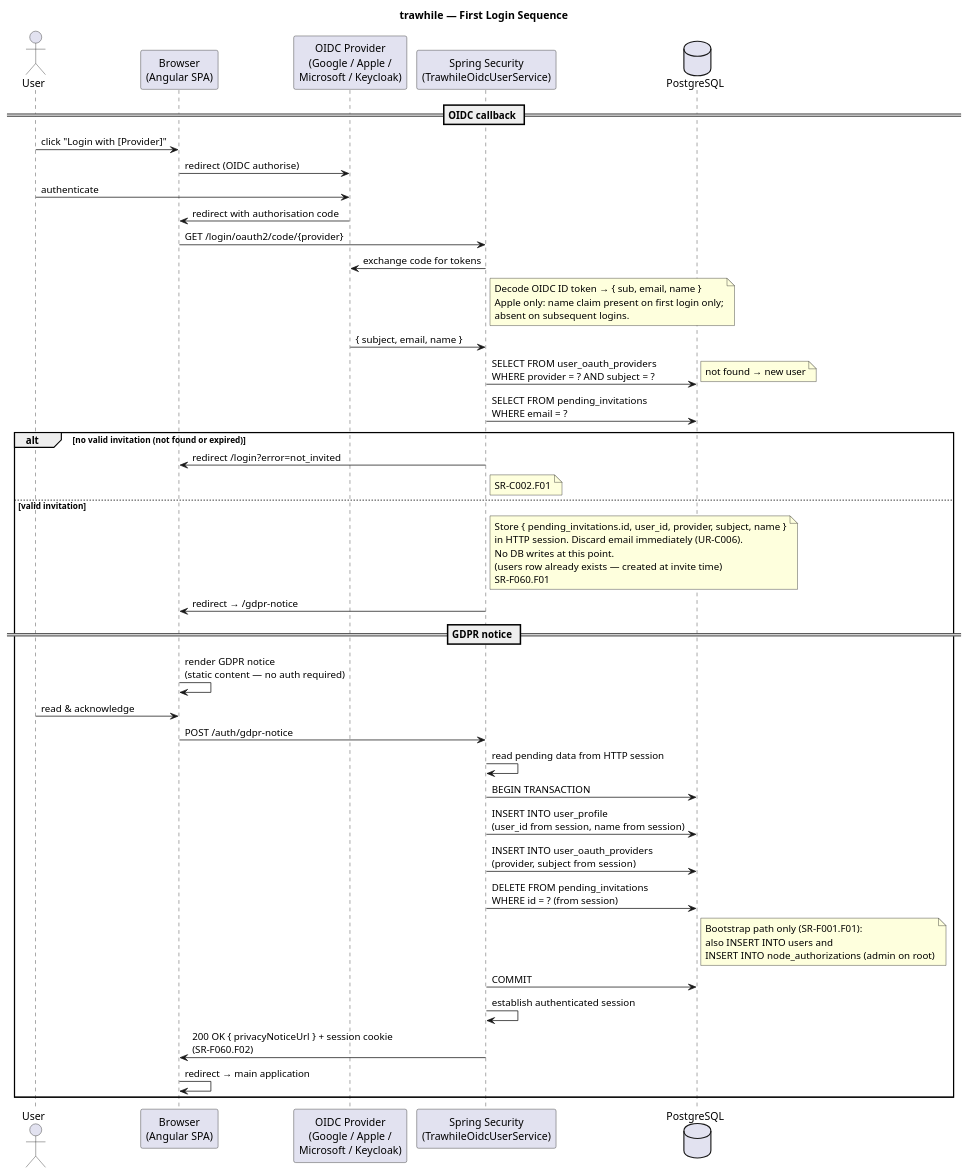
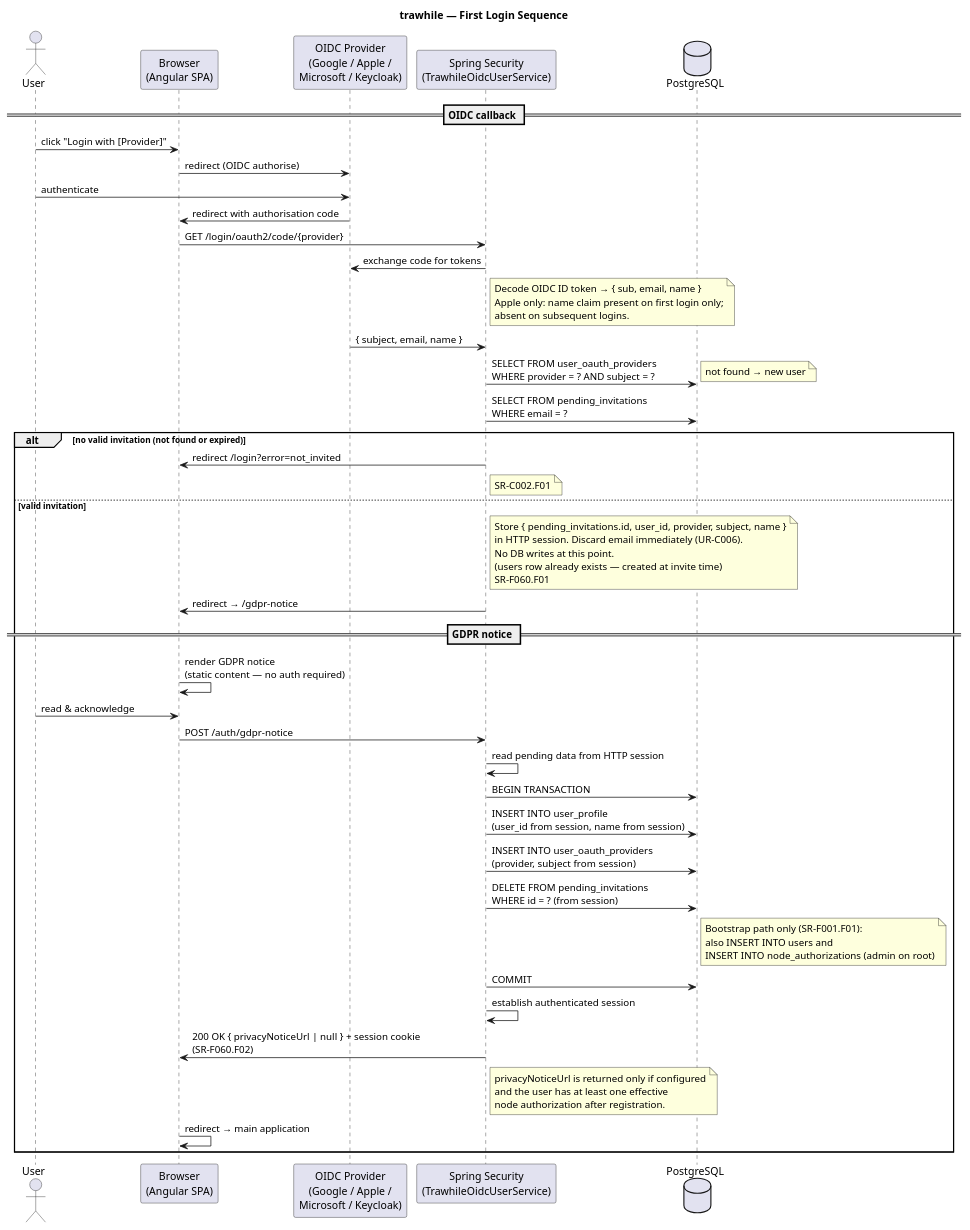
One commit to uCore7/trawhile changed the diagram in docs/uml/seq-first-login.puml. Above: the diagram before and after it, drawn with PlantUML. The commit also changed 59 other files, not shown here.

```diff
--- a/docs/uml/seq-first-login.puml
+++ b/docs/uml/seq-first-login.puml
@@ -1,70 +1,75 @@
 @startuml seq-first-login
 title trawhile — First Login Sequence
 
 actor       "User"                          as User
 participant "Browser\n(Angular SPA)"        as Browser
 participant "OIDC Provider\n(Google / Apple /\nMicrosoft / Keycloak)" as Provider
 participant "Spring Security\n(TrawhileOidcUserService)" as Spring
 database    "PostgreSQL"                    as DB
 
 == OIDC callback ==
 
 User   ->  Browser : click "Login with [Provider]"
 Browser -> Provider : redirect (OIDC authorise)
 User   ->  Provider : authenticate
 Provider -> Browser : redirect with authorisation code
 Browser -> Spring   : GET /login/oauth2/code/{provider}
 
 Spring -> Provider : exchange code for tokens
 note right of Spring
   Decode OIDC ID token → { sub, email, name }
   Apple only: name claim present on first login only;
   absent on subsequent logins.
 end note
 Provider -> Spring : { subject, email, name }
 
 Spring -> DB : SELECT FROM user_oauth_providers\nWHERE provider = ? AND subject = ?
 note right : not found → new user
 
 Spring -> DB : SELECT FROM pending_invitations\nWHERE email = ?
 
 alt no valid invitation (not found or expired)
   Spring -> Browser : redirect /login?error=not_invited
   note right of Spring : SR-C002.F01
 else valid invitation
 
   note right of Spring
     Store { pending_invitations.id, user_id, provider, subject, name }
     in HTTP session. Discard email immediately (UR-C006).
     No DB writes at this point.
     (users row already exists — created at invite time)
     SR-F060.F01
   end note
 
   Spring -> Browser : redirect → /gdpr-notice
 
   == GDPR notice ==
 
   Browser -> Browser : render GDPR notice\n(static content — no auth required)
   User    -> Browser : read & acknowledge
 
   Browser -> Spring  : POST /auth/gdpr-notice
   Spring  -> Spring  : read pending data from HTTP session
   Spring  -> DB      : BEGIN TRANSACTION
   Spring  -> DB      : INSERT INTO user_profile\n(user_id from session, name from session)
   Spring  -> DB      : INSERT INTO user_oauth_providers\n(provider, subject from session)
   Spring  -> DB      : DELETE FROM pending_invitations\nWHERE id = ? (from session)
   note right of DB
     Bootstrap path only (SR-F001.F01):
     also INSERT INTO users and
     INSERT INTO node_authorizations (admin on root)
   end note
   Spring  -> DB      : COMMIT
 
   Spring  -> Spring  : establish authenticated session
-  Spring  -> Browser : 200 OK { privacyNoticeUrl } + session cookie\n(SR-F060.F02)
+  Spring  -> Browser : 200 OK { privacyNoticeUrl | null } + session cookie\n(SR-F060.F02)
+  note right of Spring
+    privacyNoticeUrl is returned only if configured
+    and the user has at least one effective
+    node authorization after registration.
+  end note
   Browser -> Browser : redirect → main application
 
 end
 
 @enduml
```
